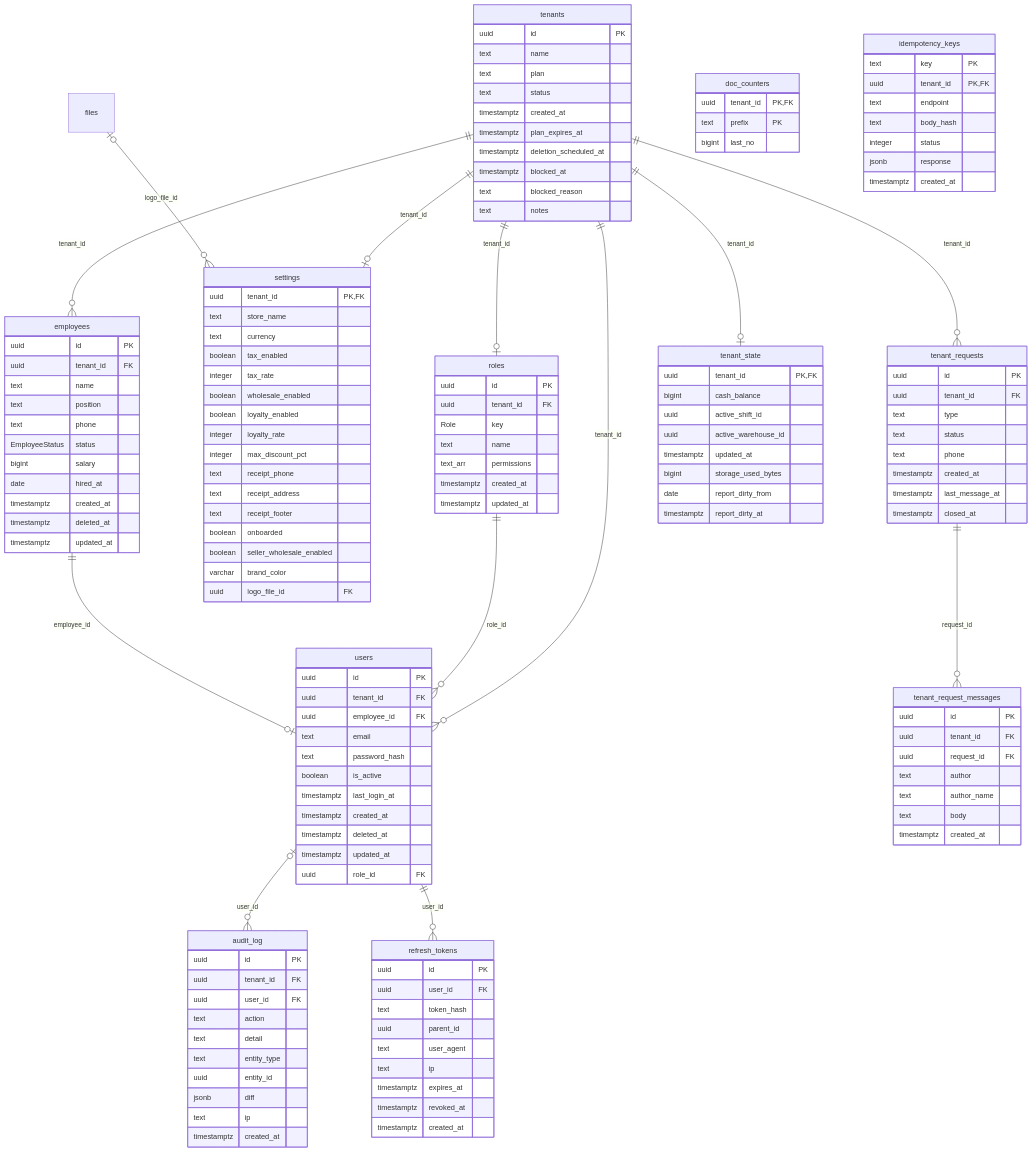
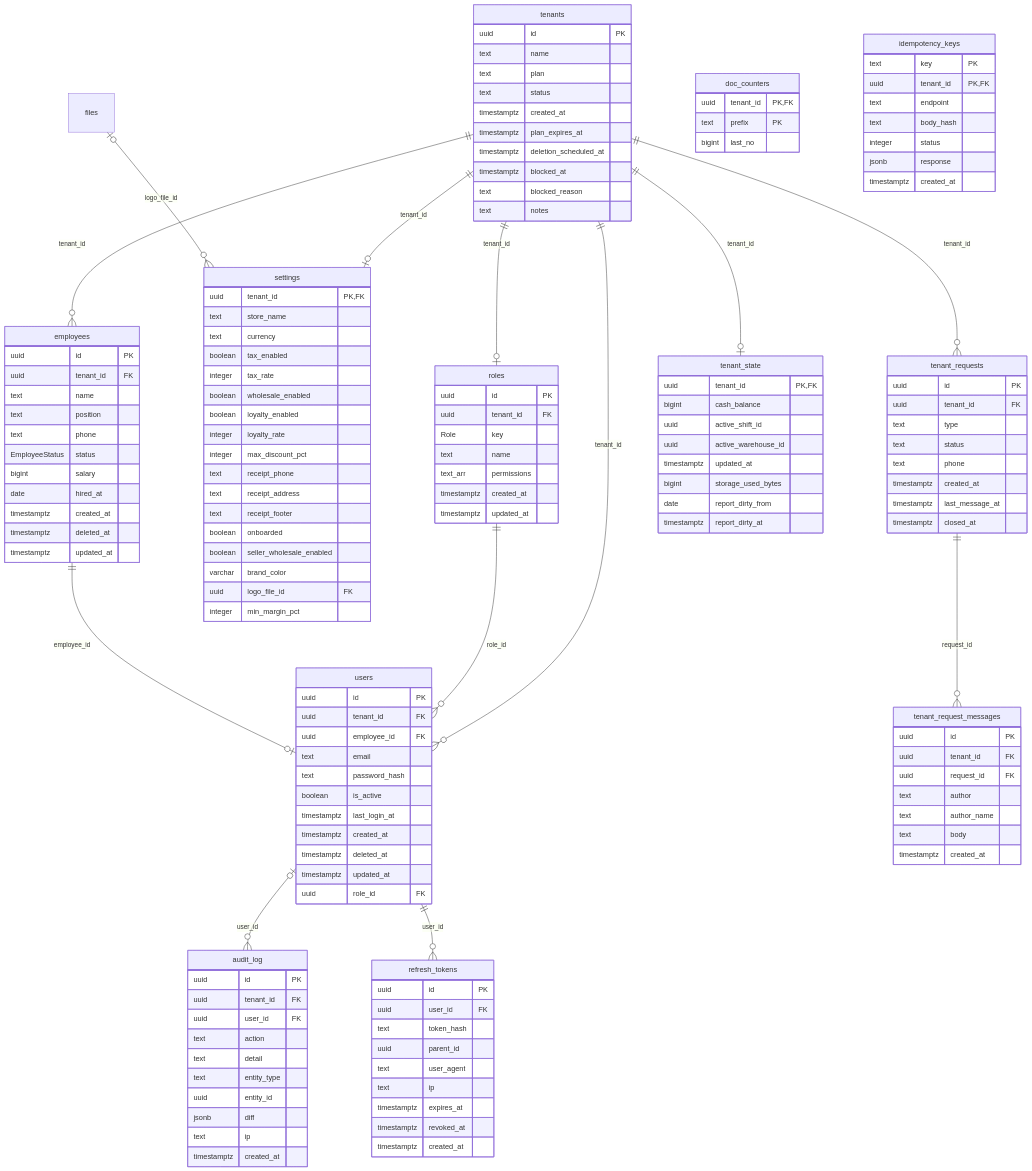
One commit to Ulugbek-Mominjonov/crm-api changed the second of 10 diagrams in docs/database/README.md. Above: the diagram before and after it, drawn with Mermaid. The commit also changed other lines of this file and 25 other files, not shown here.

```diff
--- a/docs/database/README.md
+++ b/docs/database/README.md
@@ -128,6 +128,7 @@
         boolean seller_wholesale_enabled
         varchar brand_color
         uuid logo_file_id FK
+        integer min_margin_pct
     }
     employees {
         uuid id PK
```
